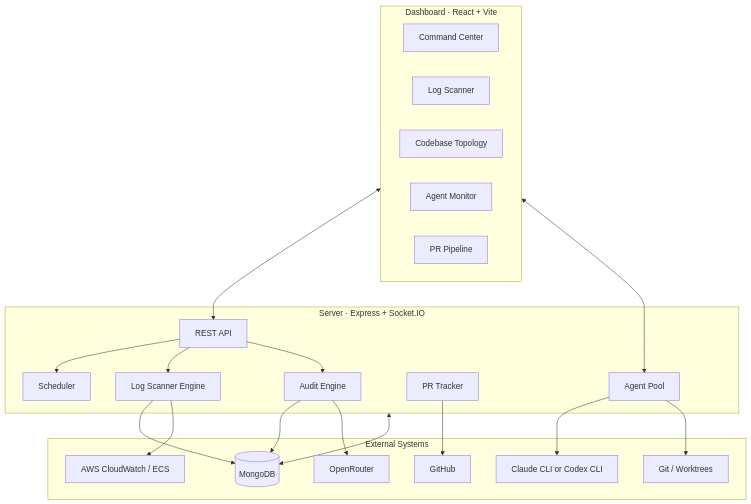
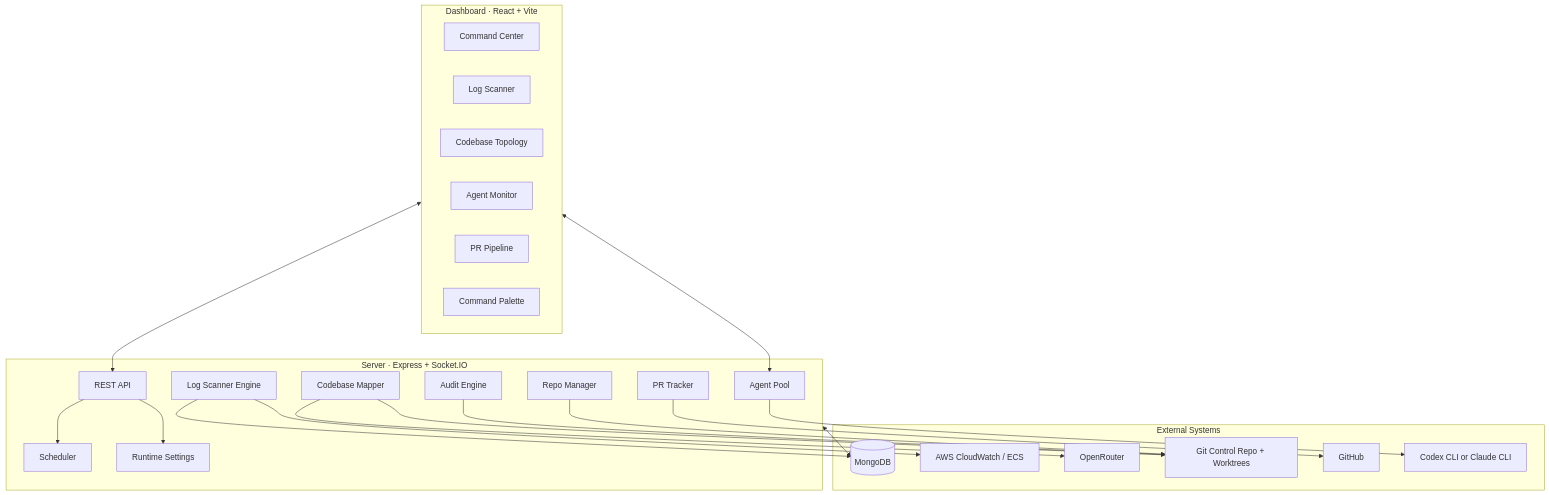
One commit to ammonwk/david changed the first of 2 diagrams in README.md. Above: the diagram before and after it, drawn with Mermaid. The commit also changed other lines of this file and 50 other files, not shown here.

````diff
--- a/README.md
+++ b/README.md
@@ -60,42 +39,46 @@
 ```mermaid
 flowchart TB
-    subgraph Dashboard[Dashboard · React + Vite]
+    subgraph UI[Dashboard · React + Vite]
       CC[Command Center]
-      LOGS[Log Scanner]
+      LS[Log Scanner]
       MAP[Codebase Topology]
-      MON[Agent Monitor]
-      PRS[PR Pipeline]
+      AM[Agent Monitor]
+      PR[PR Pipeline]
+      CP[Command Palette]
     end
 
-    subgraph Server[Server · Express + Socket.IO]
+    subgraph APP[Server · Express + Socket.IO]
       API[REST API]
       SCH[Scheduler]
-      SCAN[Log Scanner Engine]
+      LOG[Log Scanner Engine]
+      TOPO[Codebase Mapper]
       AUDIT[Audit Engine]
       POOL[Agent Pool]
       TRACK[PR Tracker]
+      RUNTIME[Runtime Settings]
+      REPO[Repo Manager]
     end
 
-    subgraph Integrations[External Systems]
+    subgraph EXT[External Systems]
       MDB[(MongoDB)]
       AWS[AWS CloudWatch / ECS]
       OR[OpenRouter]
-      CLI[Claude CLI or Codex CLI]
-      GIT[Git / Worktrees]
+      GIT[Git Control Repo + Worktrees]
       GH[GitHub]
+      CLI[Codex CLI or Claude CLI]
     end
 
-    Dashboard <--> API
-    Dashboard <--> POOL
+    UI <--> API
+    UI <--> POOL
     API --> SCH
-    API --> SCAN
-    API --> AUDIT
-    SCAN --> MDB
-    AUDIT --> MDB
+    API --> RUNTIME
+    LOG --> AWS
+    LOG --> MDB
+    TOPO --> OR
+    TOPO --> GIT
+    AUDIT --> GIT
     POOL --> CLI
-    POOL --> GIT
-    SCAN --> AWS
-    AUDIT --> OR
     TRACK --> GH
-    Server <--> MDB
+    REPO --> GIT
+    APP <--> MDB
 ```
````
